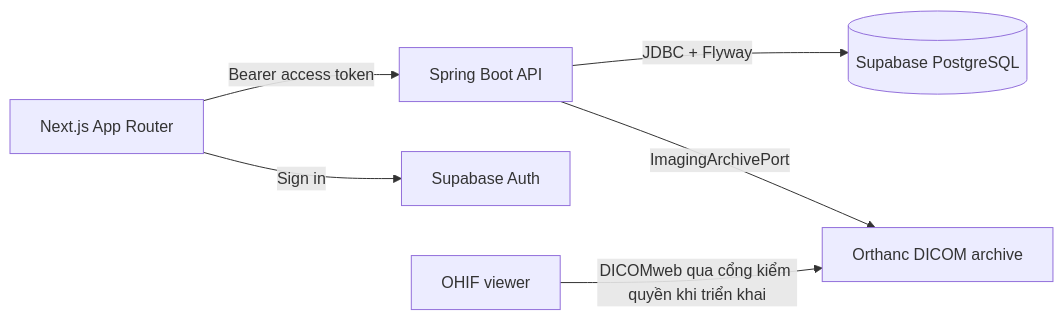
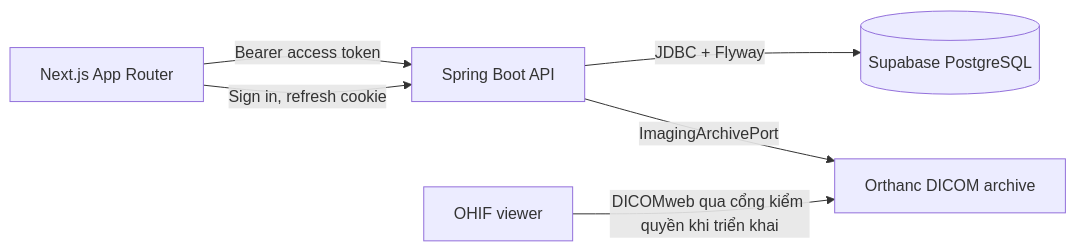
Before and after one commit to nghiadt13/otcms: the diagram in docs/architecture.md, drawn with Mermaid. The commit also changed other lines of this file and 18 other files, not shown here.

First line of the commit message:
feat(frontend): sign in with backend-issued JWT instead of Supabase Auth

````diff
--- a/docs/architecture.md
+++ b/docs/architecture.md
@@ -7,8 +7,8 @@
 ```mermaid
 flowchart LR
     Web[Next.js App Router] -->|Bearer access token| API[Spring Boot API]
-    Web -->|Sign in| Auth[Supabase Auth]
+    Web -->|Sign in, refresh cookie| API
     API -->|JDBC + Flyway| DB[(Supabase PostgreSQL)]
     API -->|ImagingArchivePort| Archive[Orthanc DICOM archive]
     Viewer[OHIF viewer] -->|DICOMweb qua cổng kiểm quyền khi triển khai| Archive
 ```
````
